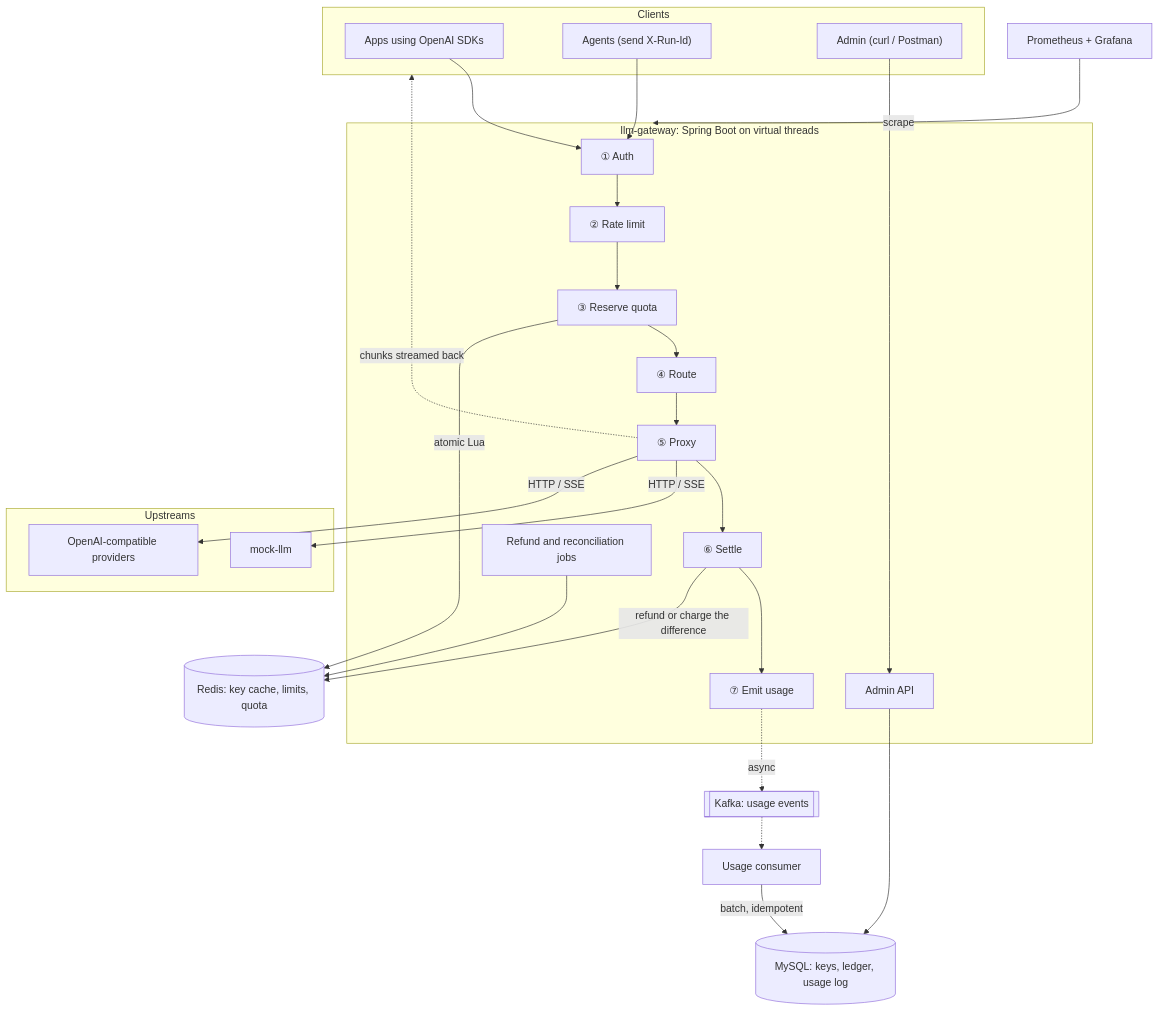
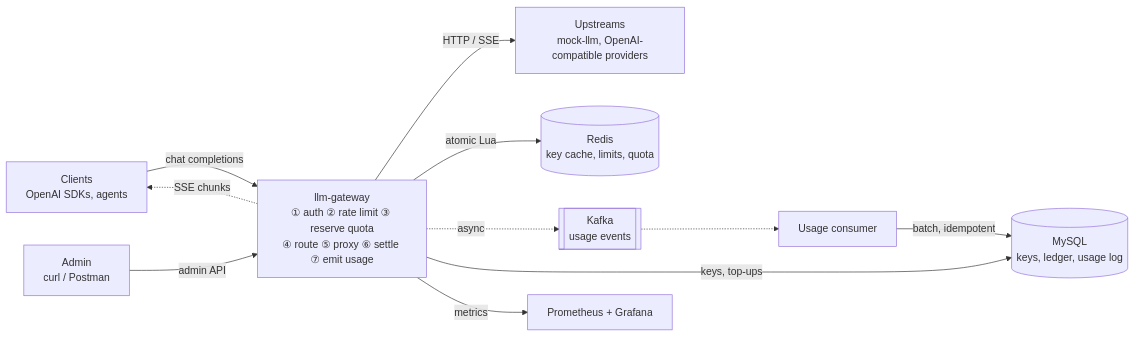
The diagram in README.md (vokyo/llm-gateway), drawn with Mermaid before and after one commit.

Commit message:
docs: simplify the architecture diagram

````diff
--- a/README.md
+++ b/README.md
@@ -29,40 +29,23 @@
 ```mermaid
-flowchart TB
-    subgraph clients["Clients"]
-        sdk["Apps using OpenAI SDKs"]
-        agent["Agents (send X-Run-Id)"]
-        admin["Admin (curl / Postman)"]
-    end
-
-    subgraph gw["llm-gateway: Spring Boot on virtual threads"]
-        auth["① Auth"] --> limit["② Rate limit"] --> reserve["③ Reserve quota"] --> route["④ Route"] --> proxy["⑤ Proxy"] --> settle["⑥ Settle"] --> emit["⑦ Emit usage"]
-        adminApi["Admin API"]
-        jobs["Refund and reconciliation jobs"]
-    end
-
-    subgraph upstreams["Upstreams"]
-        mock["mock-llm"]
-        provider["OpenAI-compatible providers"]
-    end
-
-    redis[("Redis: key cache, limits, quota")]
-    kafka[["Kafka: usage events"]]
+flowchart LR
+    clients["Clients<br/>OpenAI SDKs, agents"]
+    admin["Admin<br/>curl / Postman"]
+    gw["llm-gateway<br/>① auth ② rate limit ③ reserve quota<br/>④ route ⑤ proxy ⑥ settle ⑦ emit usage"]
+    upstreams["Upstreams<br/>mock-llm, OpenAI-compatible providers"]
+    redis[("Redis<br/>key cache, limits, quota")]
+    kafka[["Kafka<br/>usage events"]]
     consumer["Usage consumer"]
-    mysql[("MySQL: keys, ledger, usage log")]
+    mysql[("MySQL<br/>keys, ledger, usage log")]
     metrics["Prometheus + Grafana"]
 
-    sdk --> auth
-    agent --> auth
-    admin --> adminApi
-    proxy -->|"HTTP / SSE"| mock
-    proxy -->|"HTTP / SSE"| provider
-    proxy -.->|"chunks streamed back"| clients
-    reserve -->|"atomic Lua"| redis
-    settle -->|"refund or charge the difference"| redis
-    jobs --> redis
-    emit -.->|"async"| kafka
+    clients -->|"chat completions"| gw
+    gw -.->|"SSE chunks"| clients
+    admin -->|"admin API"| gw
+    gw -->|"HTTP / SSE"| upstreams
+    gw -->|"atomic Lua"| redis
+    gw -.->|"async"| kafka
     kafka -.-> consumer
     consumer -->|"batch, idempotent"| mysql
-    adminApi --> mysql
-    metrics -->|"scrape"| gw
+    gw -->|"keys, top-ups"| mysql
+    gw -->|"metrics"| metrics
 ```
````
